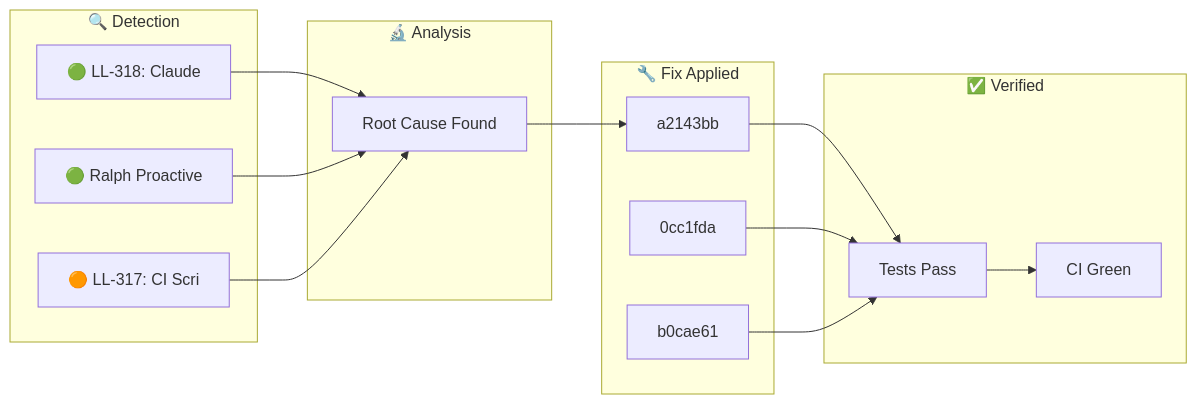
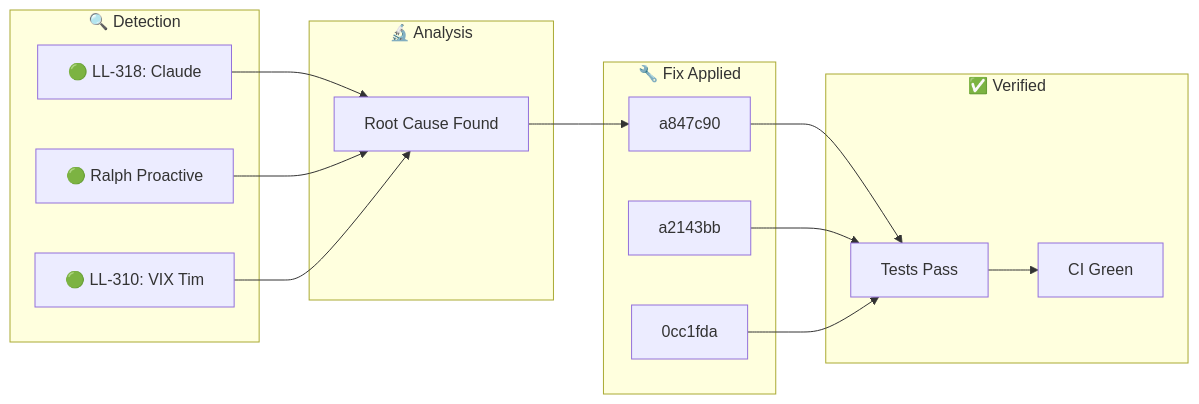
One commit to YoByron/trading changed the diagram in docs/_posts/2026-01-28-ralph-discovery.md. Above: the diagram before and after it, drawn with Mermaid. The commit also changed other lines of this file, not shown here.

````diff
--- a/docs/_posts/2026-01-28-ralph-discovery.md
+++ b/docs/_posts/2026-01-28-ralph-discovery.md
@@ -17,28 +17,28 @@
 ```mermaid
 flowchart LR
     subgraph Detection["🔍 Detection"]
         D1["🟢 LL-318: Claude "]
         D2["🟢 Ralph Proactive"]
-        D3["🟠 LL-317: CI Scri"]
+        D3["🟢 LL-310: VIX Tim"]
     end
     subgraph Analysis["🔬 Analysis"]
         A1["Root Cause Found"]
     end
     subgraph Fix["🔧 Fix Applied"]
-        F1["a2143bb"]
-        F2["0cc1fda"]
-        F3["b0cae61"]
+        F1["a847c90"]
+        F2["a2143bb"]
+        F3["0cc1fda"]
     end
     subgraph Verify["✅ Verified"]
         V1["Tests Pass"]
         V2["CI Green"]
     end
     D1 --> A1
     D2 --> A1
     D3 --> A1
     A1 --> F1
     F1 --> V1
     F2 --> V1
     F3 --> V1
     V1 --> V2
 ```
````
